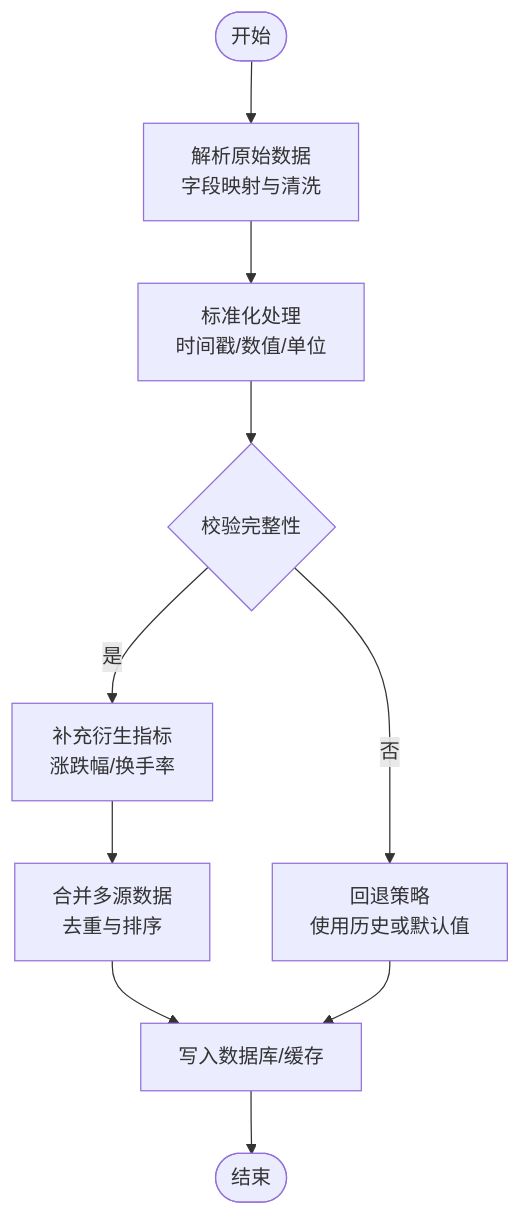
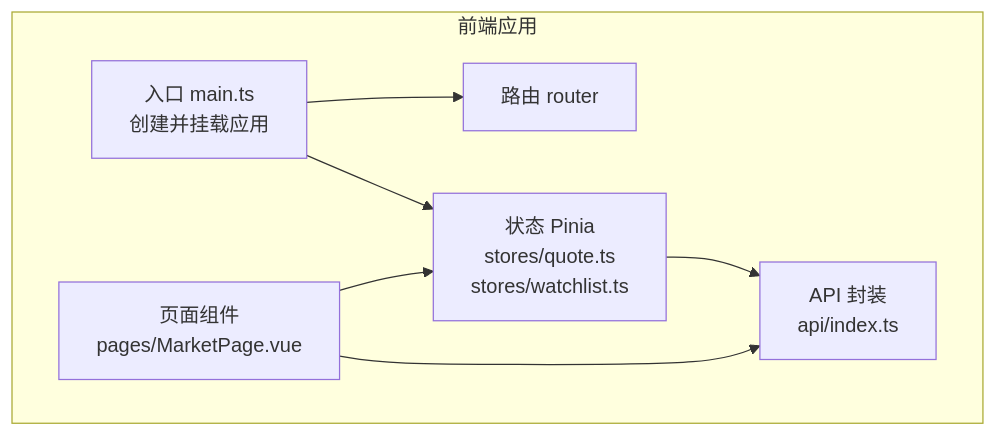
One commit to We3le7/stock-view changed the first of 4 diagrams in .qoder/repowiki/zh/content/前端开发/工具函数.md. Above: the diagram before and after it, drawn with Mermaid. The commit also changed other lines of this file and 142 other files, not shown here.

````diff
--- a/.qoder/repowiki/zh/content/前端开发/工具函数.md
+++ b/.qoder/repowiki/zh/content/前端开发/工具函数.md
@@ -261,12 +37,15 @@
 ```mermaid
-flowchart TD
-Start(["开始"]) --> Parse["解析原始数据<br/>字段映射与清洗"]
-Parse --> Normalize["标准化处理<br/>时间戳/数值/单位"]
-Normalize --> Validate{"校验完整性"}
-Validate --> |否| Fallback["回退策略<br/>使用历史或默认值"]
-Validate --> |是| Enrich["补充衍生指标<br/>涨跌幅/换手率"]
-Enrich --> Merge["合并多源数据<br/>去重与排序"]
-Merge --> Persist["写入数据库/缓存"]
-Fallback --> Persist
-Persist --> End(["结束"])
+graph TB
+subgraph "前端应用"
+A["入口 main.ts<br/>创建并挂载应用"]
+B["路由 router"]
+C["状态 Pinia<br/>stores/quote.ts<br/>stores/watchlist.ts"]
+D["页面组件<br/>pages/MarketPage.vue"]
+E["API 封装<br/>api/index.ts"]
+end
+A --> B
+A --> C
+D --> C
+D --> E
+C --> E
 ```
````
